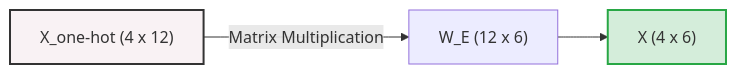
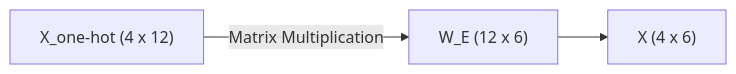
Before and after one commit to Lyd1aCla1r3/lyd1acla1r3.github.io: the diagram in blog/content/series/transformers/article_01.md, drawn with Mermaid. The commit also changed 3 other files, not shown here.

````diff
--- a/blog/content/series/transformers/article_01.md
+++ b/blog/content/series/transformers/article_01.md
@@ -102,7 +102,5 @@
 ```mermaid
 graph LR
     A["X_one-hot (4 x 12)"] -->|Matrix Multiplication| B["W_E (12 x 6)"]
     B --> C["X (4 x 6)"]
-    style A fill:#f9f2f4,stroke:#333,stroke-width:2px
-    style C fill:#d4edda,stroke:#28a745,stroke-width:2px
 ```
````
